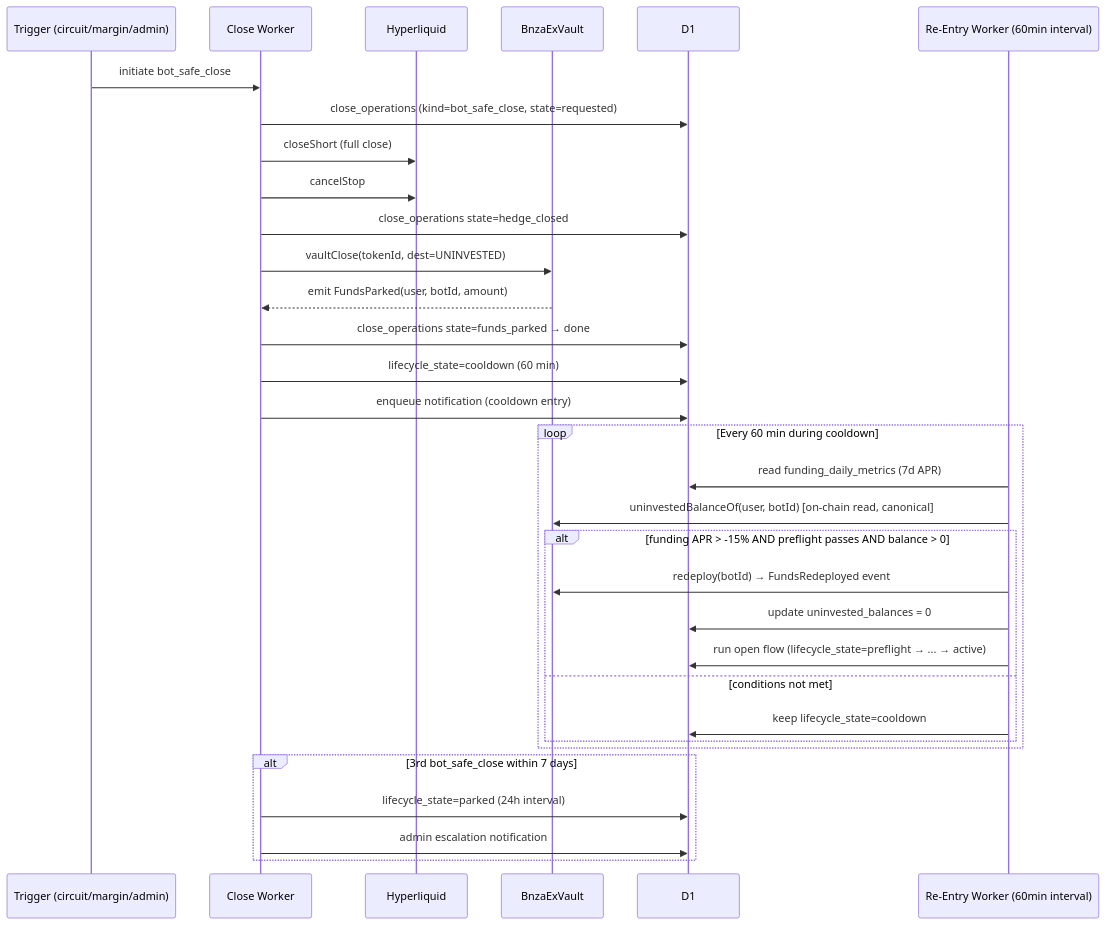
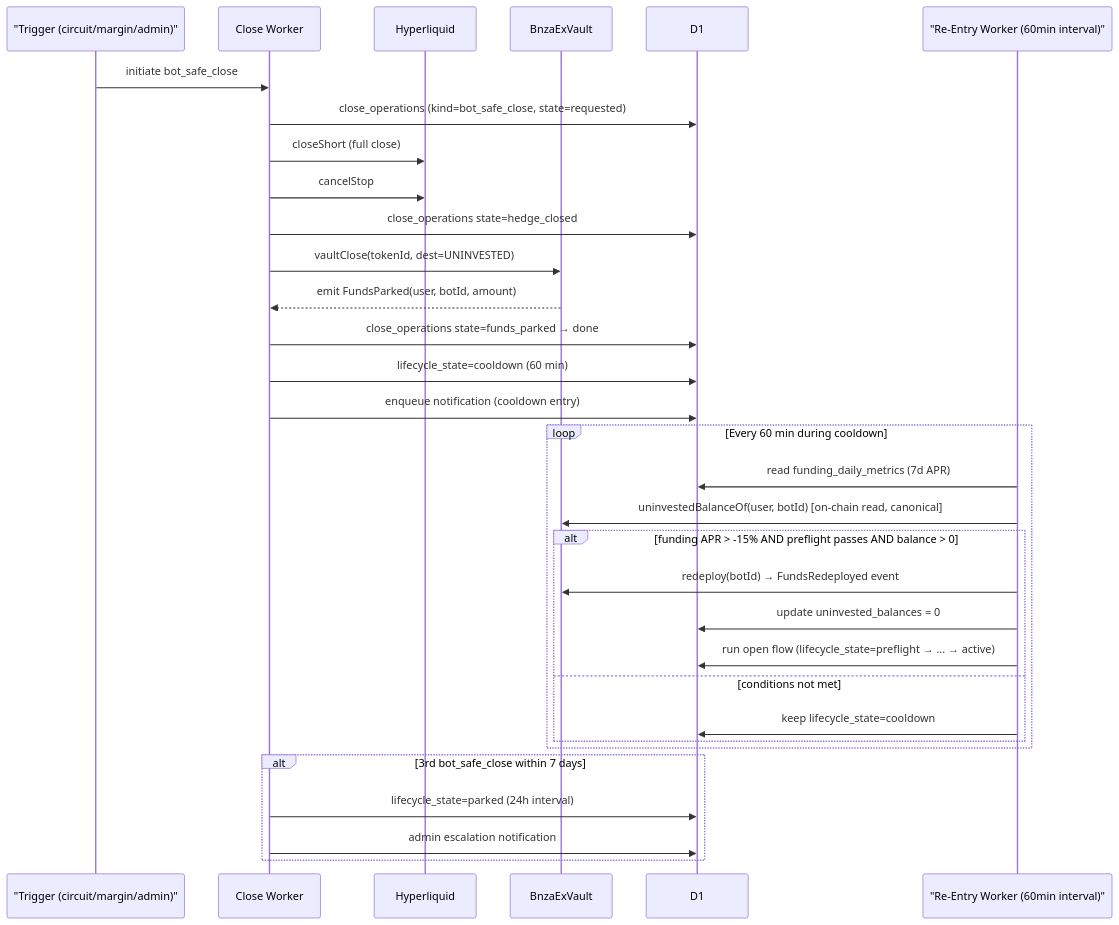
One commit to TrinhBuiSotatek/Bonanzapool changed the fifth of 5 diagrams in docs/BA/plans/bnza-sotatek-260519-0000/03_modules/exbot/srs/flows.md. Above: the diagram before and after it, drawn with Mermaid. The commit also changed other lines of this file and 23 other files, not shown here.

````diff
--- a/docs/BA/plans/bnza-sotatek-260519-0000/03_modules/exbot/srs/flows.md
+++ b/docs/BA/plans/bnza-sotatek-260519-0000/03_modules/exbot/srs/flows.md
@@ -154,37 +154,37 @@
 ```mermaid
 sequenceDiagram
-    participant TRIGGER as Trigger (circuit/margin/admin)
+    participant TRIGGER as "Trigger (circuit/margin/admin)"
     participant CLOSEW as Close Worker
     participant HL as Hyperliquid
     participant VAULT as BnzaExVault
     participant D1 as D1
-    participant REENTRY as Re-Entry Worker (60min interval)
+    participant REENTRY as "Re-Entry Worker (60min interval)"
 
     TRIGGER->>CLOSEW: initiate bot_safe_close
     CLOSEW->>D1: close_operations (kind=bot_safe_close, state=requested)
     CLOSEW->>HL: closeShort (full close)
     CLOSEW->>HL: cancelStop
     CLOSEW->>D1: close_operations state=hedge_closed
     CLOSEW->>VAULT: vaultClose(tokenId, dest=UNINVESTED)
     VAULT-->>CLOSEW: emit FundsParked(user, botId, amount)
     CLOSEW->>D1: close_operations state=funds_parked → done
     CLOSEW->>D1: lifecycle_state=cooldown (60 min)
     CLOSEW->>D1: enqueue notification (cooldown entry)
 
     loop Every 60 min during cooldown
         REENTRY->>D1: read funding_daily_metrics (7d APR)
         REENTRY->>VAULT: uninvestedBalanceOf(user, botId) [on-chain read, canonical]
         alt funding APR > -15% AND preflight passes AND balance > 0
             REENTRY->>VAULT: redeploy(botId) → FundsRedeployed event
             REENTRY->>D1: update uninvested_balances = 0
             REENTRY->>D1: run open flow (lifecycle_state=preflight → ... → active)
         else conditions not met
             REENTRY->>D1: keep lifecycle_state=cooldown
         end
     end
 
     alt 3rd bot_safe_close within 7 days
         CLOSEW->>D1: lifecycle_state=parked (24h interval)
         CLOSEW->>D1: admin escalation notification
     end
 ```
````
